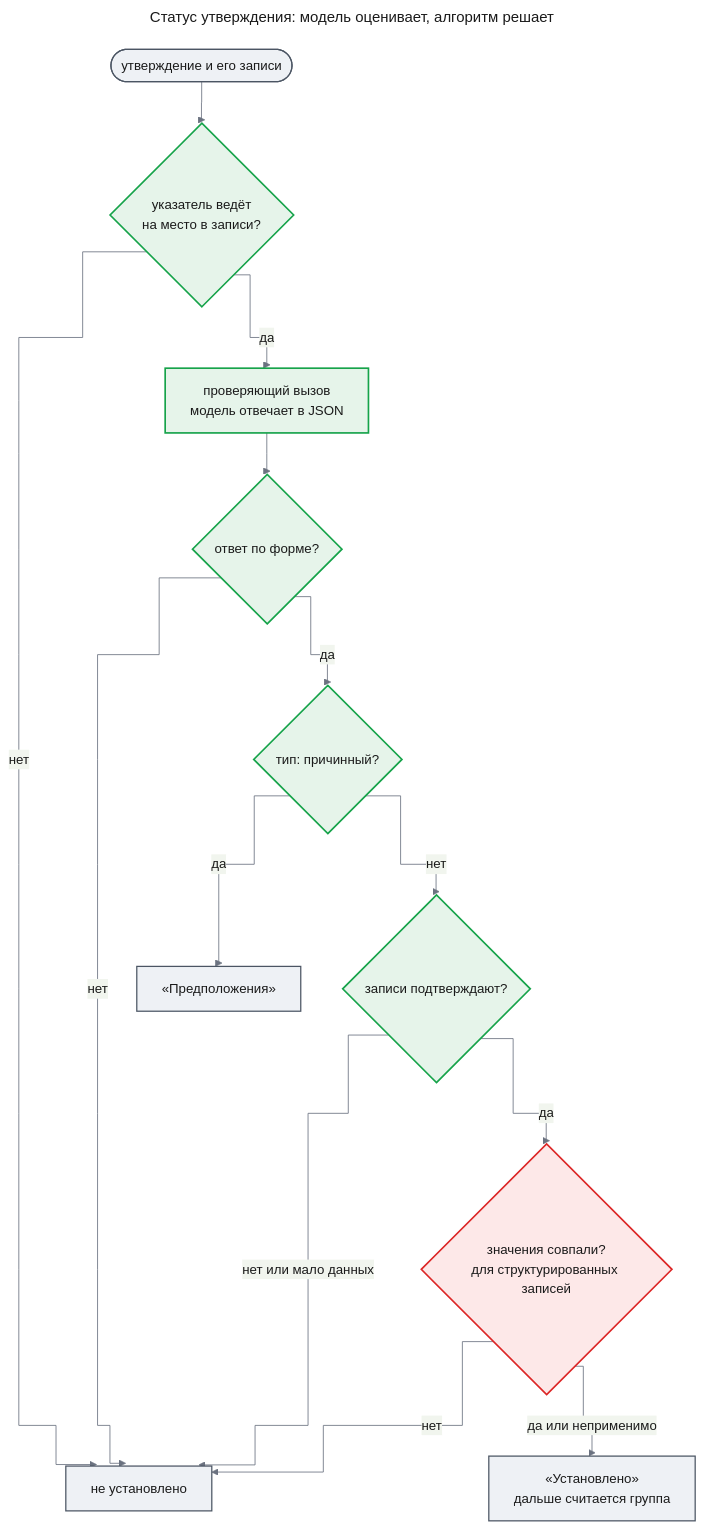
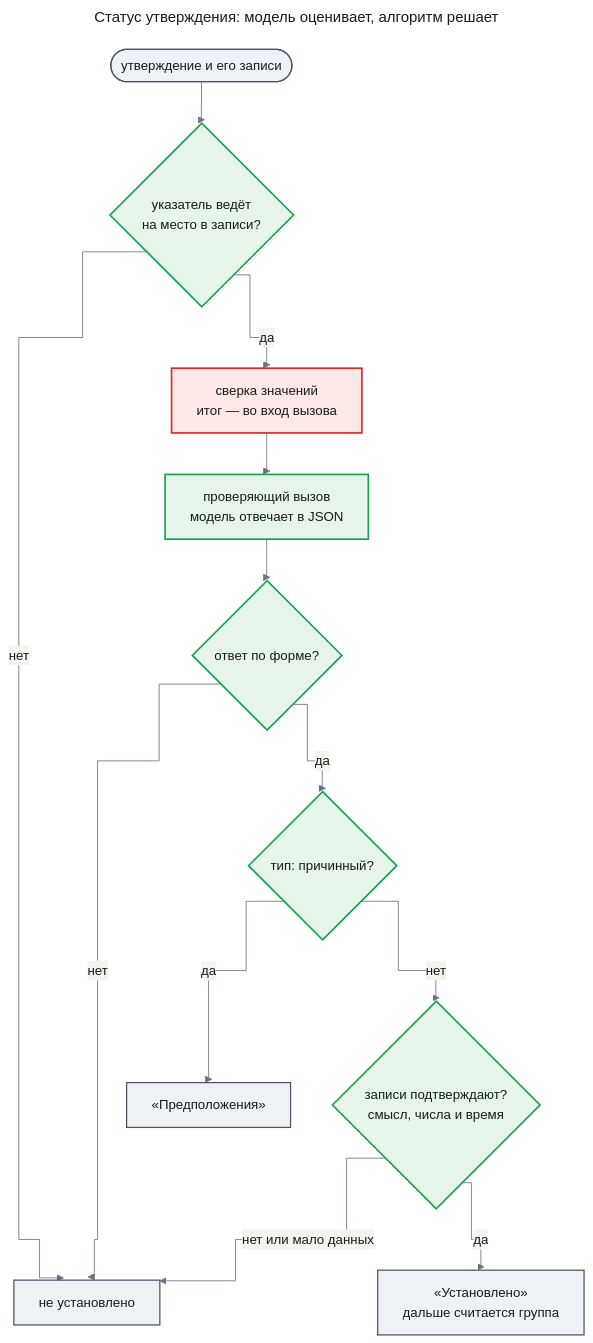
One commit to tundraray/agent-os changed the fourth of 10 diagrams in docs/features/agent-quality/prd.md. Above: the diagram before and after it, drawn with Mermaid. The commit also changed other lines of this file and 7 other files, not shown here.

````diff
--- a/docs/features/agent-quality/prd.md
+++ b/docs/features/agent-quality/prd.md
@@ -268,43 +268,41 @@
 ```mermaid
 ---
 title: "Статус утверждения: модель оценивает, алгоритм решает"
 config:
   theme: base
   look: classic
   themeVariables:
     primaryColor: "#eef1f5"
     primaryBorderColor: "#4b5563"
     primaryTextColor: "#1a1a1a"
     lineColor: "#6b7280"
   flowchart:
     curve: step
 ---
 flowchart TB
     claim(["утверждение и его записи"])
     q0{"указатель ведёт<br/>на место в записи?"}
+    atoms["сверка значений<br/>итог — во вход вызова"]
     chk["проверяющий вызов<br/>модель отвечает в JSON"]
     q1{"ответ по форме?"}
     q2{"тип: причинный?"}
-    q3{"записи подтверждают?"}
-    q4{"значения совпали?<br/>для структурированных записей"}
+    q3{"записи подтверждают?<br/>смысл, числа и время"}
     est["«Установлено»<br/>дальше считается группа"]
     hyp["«Предположения»"]
     no["не установлено"]
     claim --> q0
     q0 -->|"нет"| no
-    q0 -->|"да"| chk --> q1
+    q0 -->|"да"| atoms --> chk --> q1
     q1 -->|"нет"| no
     q1 -->|"да"| q2
     q2 -->|"да"| hyp
     q2 -->|"нет"| q3
     q3 -->|"нет или мало данных"| no
-    q3 -->|"да"| q4
-    q4 -->|"нет"| no
-    q4 -->|"да или неприменимо"| est
+    q3 -->|"да"| est
     classDef changed fill:#fde8e8,stroke:#dc2626,stroke-width:2px,color:#1a1a1a
     classDef new fill:#e6f4ea,stroke:#16a34a,stroke-width:2px,color:#1a1a1a
     classDef unchanged fill:#eef1f5,stroke:#4b5563,stroke-width:1.5px,color:#1a1a1a
     class q0,chk,q1,q2,q3 new
-    class q4 changed
+    class atoms changed
     class claim,est,hyp,no unchanged
 ```
````
